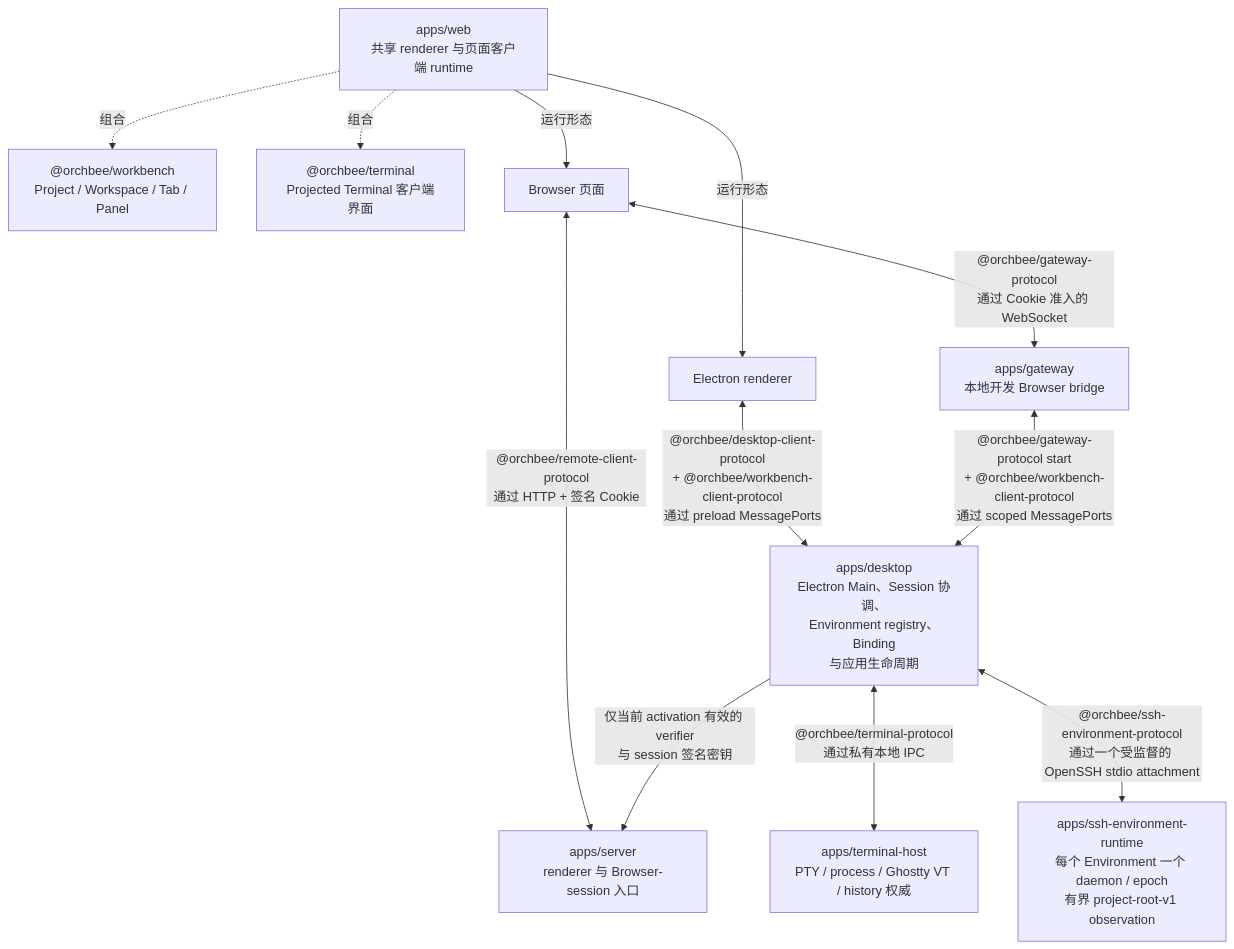
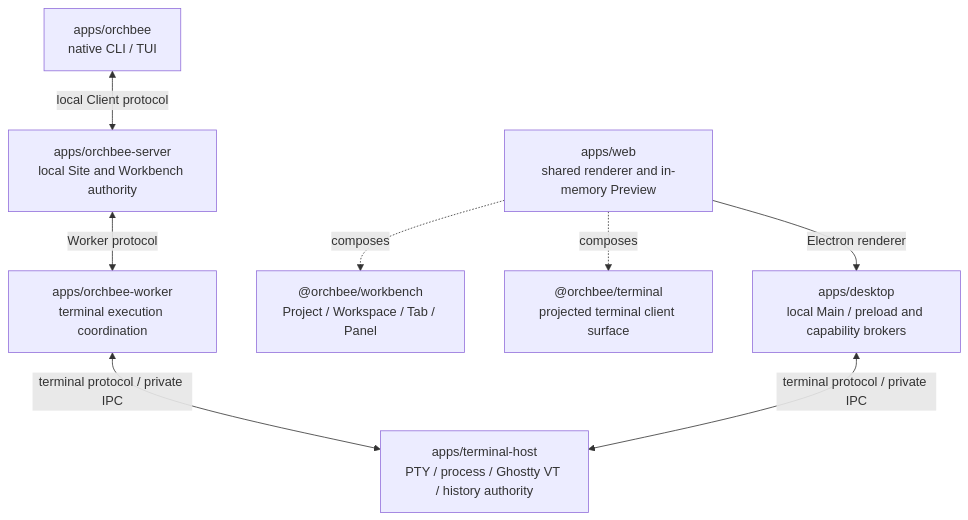
One commit to i-need-token/orchbee changed the diagram in docs/zh-CN/ARCHITECTURE.md. Above: the diagram before and after it, drawn with Mermaid. The commit also changed 564 other files, not shown here.

Commit message:
refactor: retire legacy CLI browser and SSH workspaces

````diff
--- a/docs/zh-CN/ARCHITECTURE.md
+++ b/docs/zh-CN/ARCHITECTURE.md
@@ -18,19 +18,10 @@
 ```mermaid
 flowchart TB
-	Web["apps/web<br/>共享 renderer 与页面客户端 runtime"]
-	Workbench["@orchbee/workbench<br/>Project / Workspace / Tab / Panel"]
-	Terminal["@orchbee/terminal<br/>Projected Terminal 客户端界面"]
-
-	Web -. "组合" .-> Workbench
-	Web -. "组合" .-> Terminal
-	Web -->|"运行形态"| Electron["Electron renderer"]
-	Web -->|"运行形态"| Browser["Browser 页面"]
-
-	Electron <-->|"@orchbee/desktop-client-protocol<br/>+ @orchbee/workbench-client-protocol<br/>通过 preload MessagePorts"| Desktop["apps/desktop<br/>Electron Main、Session 协调、<br/>Environment registry、Binding<br/>与应用生命周期"]
-	Browser <-->|"@orchbee/remote-client-protocol<br/>通过 HTTP + 签名 Cookie"| Server["apps/server<br/>renderer 与 Browser-session 入口"]
-	Browser <-->|"@orchbee/gateway-protocol<br/>通过 Cookie 准入的 WebSocket"| Gateway["apps/gateway<br/>本地开发 Browser bridge"]
-	Desktop -->|"仅当前 activation 有效的 verifier<br/>与 session 签名密钥"| Server
-	Gateway <-->|"@orchbee/gateway-protocol start<br/>+ @orchbee/workbench-client-protocol<br/>通过 scoped MessagePorts"| Desktop
-	Desktop <-->|"@orchbee/terminal-protocol<br/>通过私有本地 IPC"| Host["apps/terminal-host<br/>PTY / process / Ghostty VT / history 权威"]
-	Desktop <-->|"@orchbee/ssh-environment-protocol<br/>通过一个受监督的 OpenSSH stdio attachment"| SshRuntime["apps/ssh-environment-runtime<br/>每个 Environment 一个 daemon / epoch<br/>有界 project-root-v1 observation"]
+ Native["apps/orchbee<br/>native CLI / TUI"] <-->|"local Client protocol"| Server["apps/orchbee-server<br/>local Site and Workbench authority"]
+ Server <-->|"Worker protocol"| Worker["apps/orchbee-worker<br/>terminal execution coordination"]
+ Worker <-->|"terminal protocol / private IPC"| Host["apps/terminal-host<br/>PTY / process / Ghostty VT / history authority"]
+ Web["apps/web<br/>shared renderer and in-memory Preview"] -. "composes" .-> Workbench["@orchbee/workbench<br/>Project / Workspace / Tab / Panel"]
+ Web -. "composes" .-> Terminal["@orchbee/terminal<br/>projected terminal client surface"]
+ Web -->|"Electron renderer"| Desktop["apps/desktop<br/>local Main / preload and capability brokers"]
+ Desktop <-->|"terminal protocol / private IPC"| Host
 ```
````
